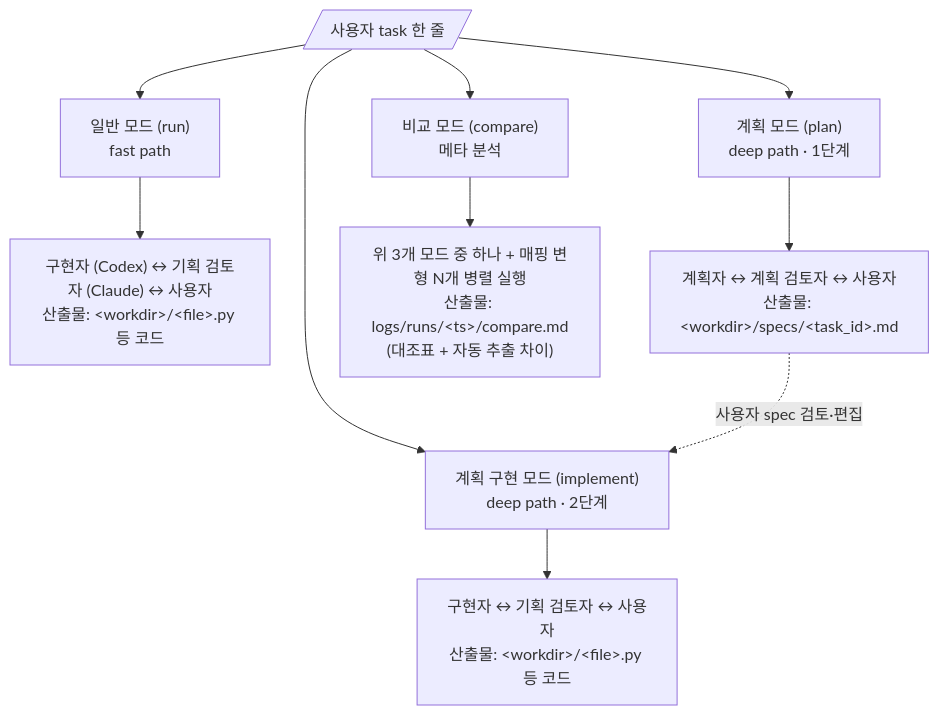
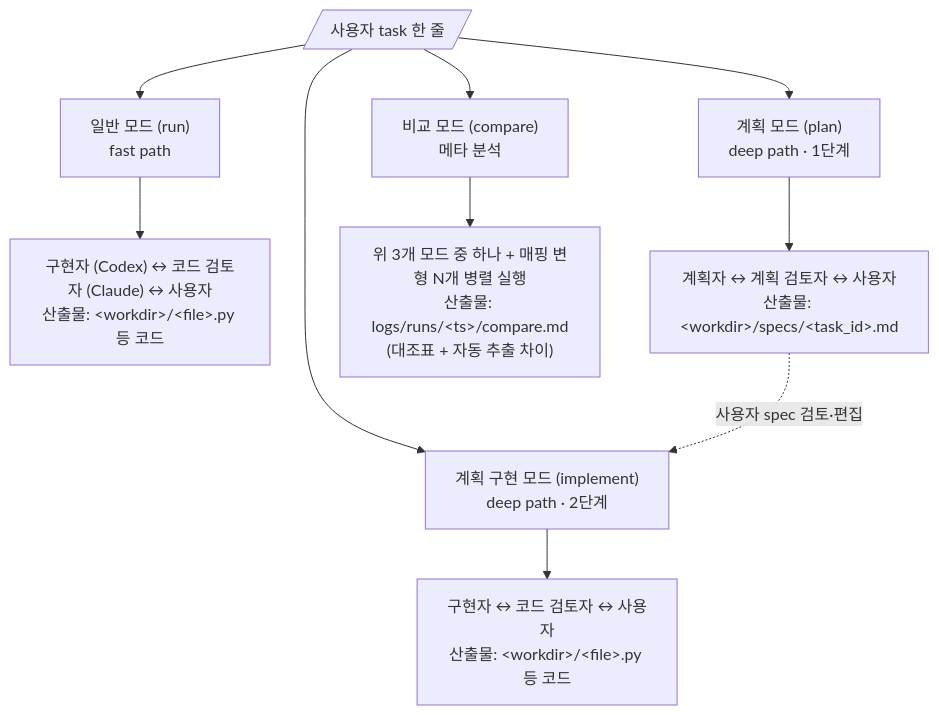
One commit to shinjw4929/Dialectic-CLI changed the diagram in outline/04-requirements-and-modes.md. Above: the diagram before and after it, drawn with Mermaid. The commit also changed 8 other files, not shown here.

````diff
--- a/outline/04-requirements-and-modes.md
+++ b/outline/04-requirements-and-modes.md
@@ -152,15 +152,15 @@
 ```mermaid
 flowchart TD
     Task[/"사용자 task 한 줄"/]
 
     Task --> Run["일반 모드 (run)<br/>fast path"]
     Task --> Plan["계획 모드 (plan)<br/>deep path · 1단계"]
     Task --> Impl["계획 구현 모드 (implement)<br/>deep path · 2단계"]
     Task --> Compare["비교 모드 (compare)<br/>메타 분석"]
 
-    Run --> RunOut["구현자 (Codex) ↔ 기획 검토자 (Claude) ↔ 사용자<br/>산출물: &lt;workdir&gt;/&lt;file&gt;.py 등 코드"]
+    Run --> RunOut["구현자 (Codex) ↔ 코드 검토자 (Claude) ↔ 사용자<br/>산출물: &lt;workdir&gt;/&lt;file&gt;.py 등 코드"]
     Plan --> PlanOut["계획자 ↔ 계획 검토자 ↔ 사용자<br/>산출물: &lt;workdir&gt;/specs/&lt;task_id&gt;.md"]
     PlanOut -. 사용자 spec 검토·편집 .-> Impl
-    Impl --> ImplOut["구현자 ↔ 기획 검토자 ↔ 사용자<br/>산출물: &lt;workdir&gt;/&lt;file&gt;.py 등 코드"]
+    Impl --> ImplOut["구현자 ↔ 코드 검토자 ↔ 사용자<br/>산출물: &lt;workdir&gt;/&lt;file&gt;.py 등 코드"]
     Compare --> CompareOut["위 3개 모드 중 하나 + 매핑 변형 N개 병렬 실행<br/>산출물: logs/runs/&lt;ts&gt;/compare.md<br/>(대조표 + 자동 추출 차이)"]
 ```
````
